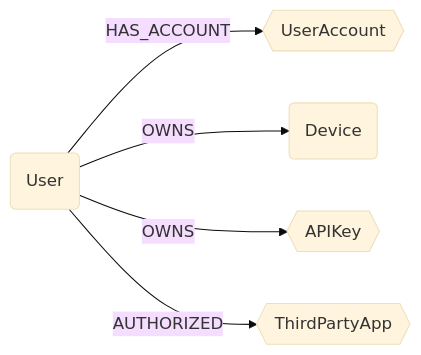
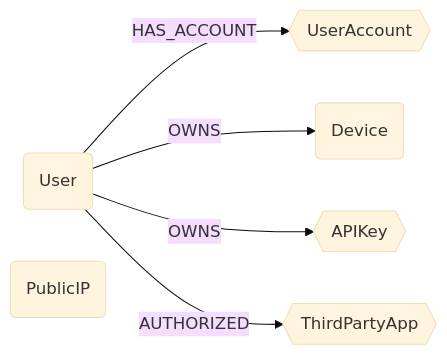
One commit to cartography-cncf/cartography changed the diagram in docs/root/modules/ontology/schema.md. Above: the diagram before and after it, drawn with Mermaid (base theme). The commit also changed other lines of this file and 4 other files, not shown here.

````diff
--- a/docs/root/modules/ontology/schema.md
+++ b/docs/root/modules/ontology/schema.md
@@ -6,8 +6,9 @@
 ```mermaid
 graph LR
 
 U(User) -- HAS_ACCOUNT --> UA{{UserAccount}}
 U -- OWNS --> CC(Device)
 U -- OWNS --> AK{{APIKey}}
 U -- AUTHORIZED --> OA{{ThirdPartyApp}}
+PIP(PublicIP)
 ```
````
